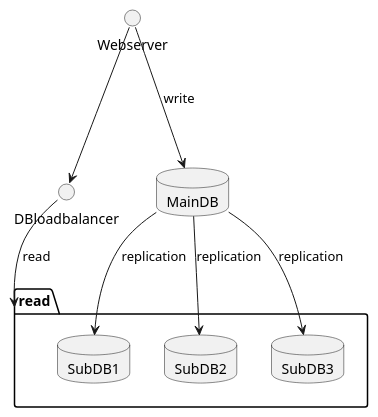
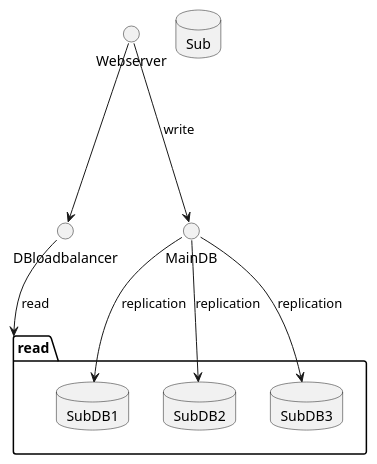
Before and after one commit to zoster0828/TechSnack: the diagram in Study/성장/SystemDesignInterview/Class1/1장/database_multi.puml, drawn with PlantUML. The commit also changed 12 other files, not shown here.

```diff
--- a/Study/성장/SystemDesignInterview/Class1/1장/database_multi.puml
+++ b/Study/성장/SystemDesignInterview/Class1/1장/database_multi.puml
@@ -1,17 +1,17 @@
 @startuml
-database MainDB
+database Sub
 package read {
 database SubDB1
 database SubDB2
 database SubDB3
 }
 () Webserver
 Webserver -down--> MainDB : write
 Webserver -right-> DBloadbalancer
 DBloadbalancer -down-> read : read
 MainDB -down-> SubDB1 : replication
 MainDB -down-> SubDB2 : replication
 MainDB -down-> SubDB3 : replication
 
 
 @enduml
```
